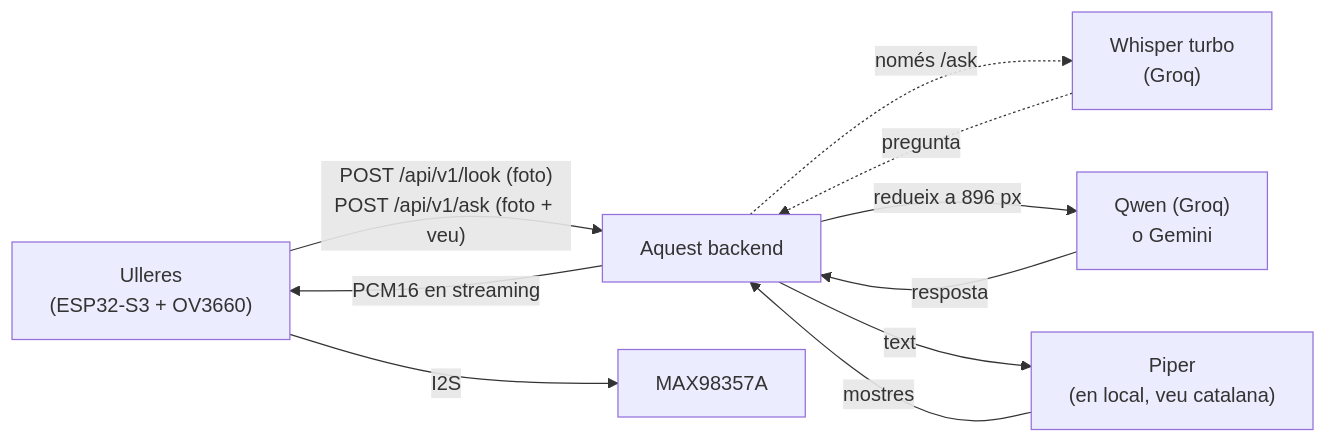
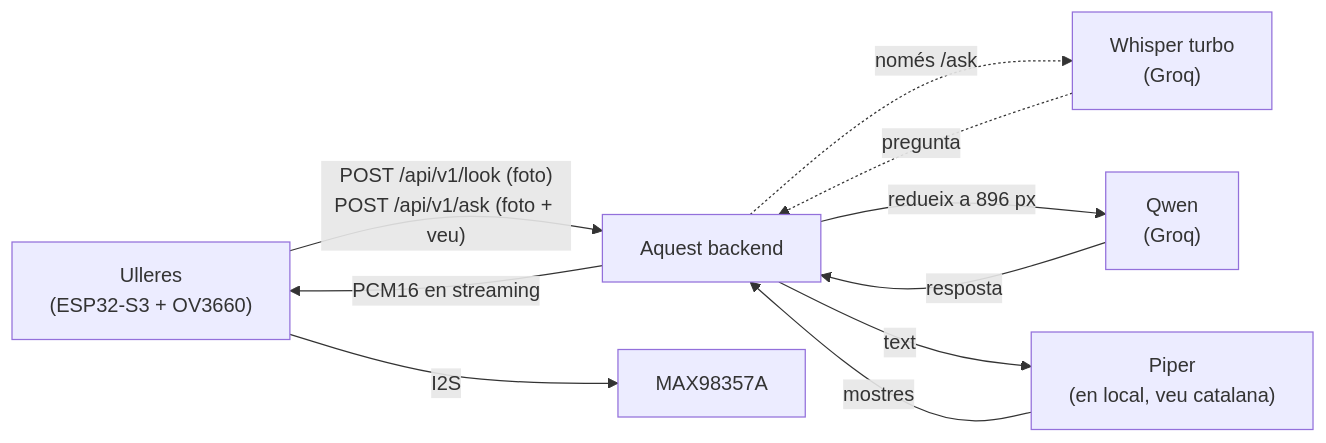
The first of 2 diagrams in README.md (devvazquez/bonsai-backend), drawn with Mermaid before and after one commit. The commit also changed other lines of this file, not shown here.

````diff
--- a/README.md
+++ b/README.md
@@ -7,12 +7,12 @@
 ```mermaid
 flowchart LR
     A["Ulleres<br/>(ESP32-S3 + OV3660)"] -- "POST /api/v1/look (foto)<br/>POST /api/v1/ask (foto + veu)" --> C["Aquest backend"]
     C -. "només /ask" .-> W["Whisper turbo<br/>(Groq)"]
     W -. pregunta .-> C
-    C -- redueix a 896 px --> D["Qwen (Groq)<br/>o Gemini"]
+    C -- redueix a 896 px --> D["Qwen<br/>(Groq)"]
     D -- resposta --> C
     C -- text --> E["Piper<br/>(en local, veu catalana)"]
     E -- mostres --> C
     C -- "PCM16 en streaming" --> A
     A -- I2S --> F["MAX98357A"]
 ```
````
